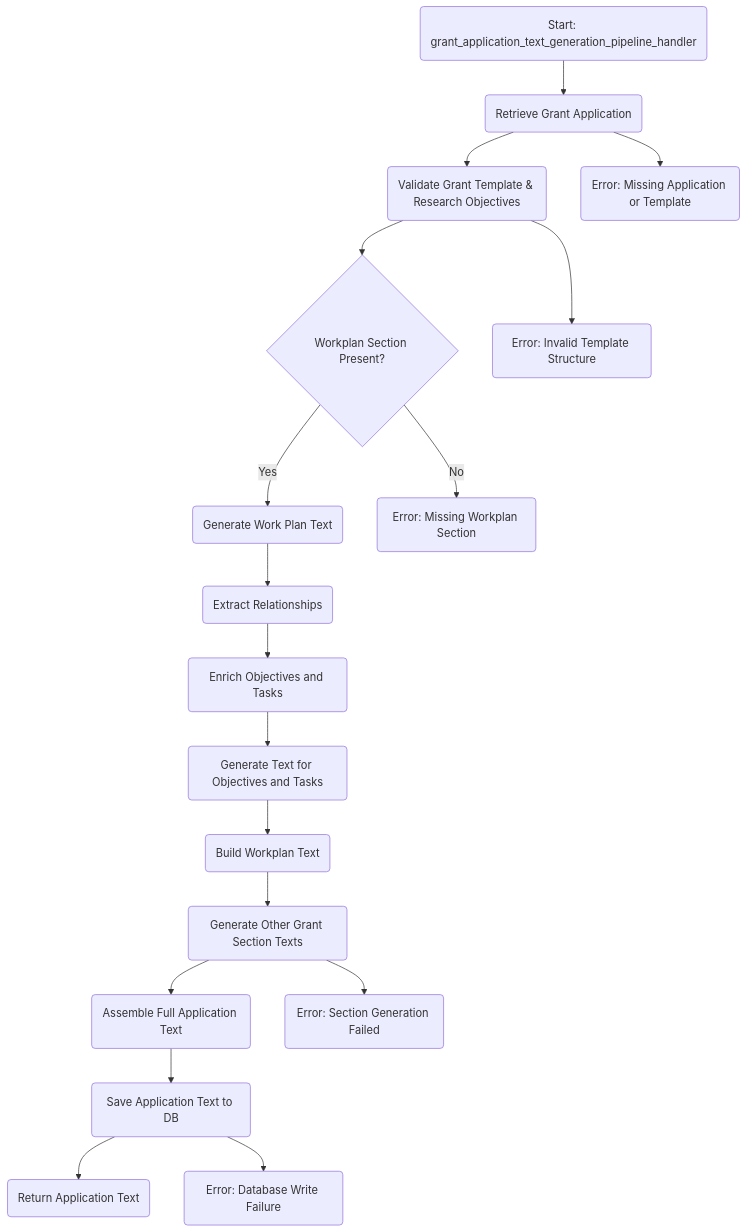
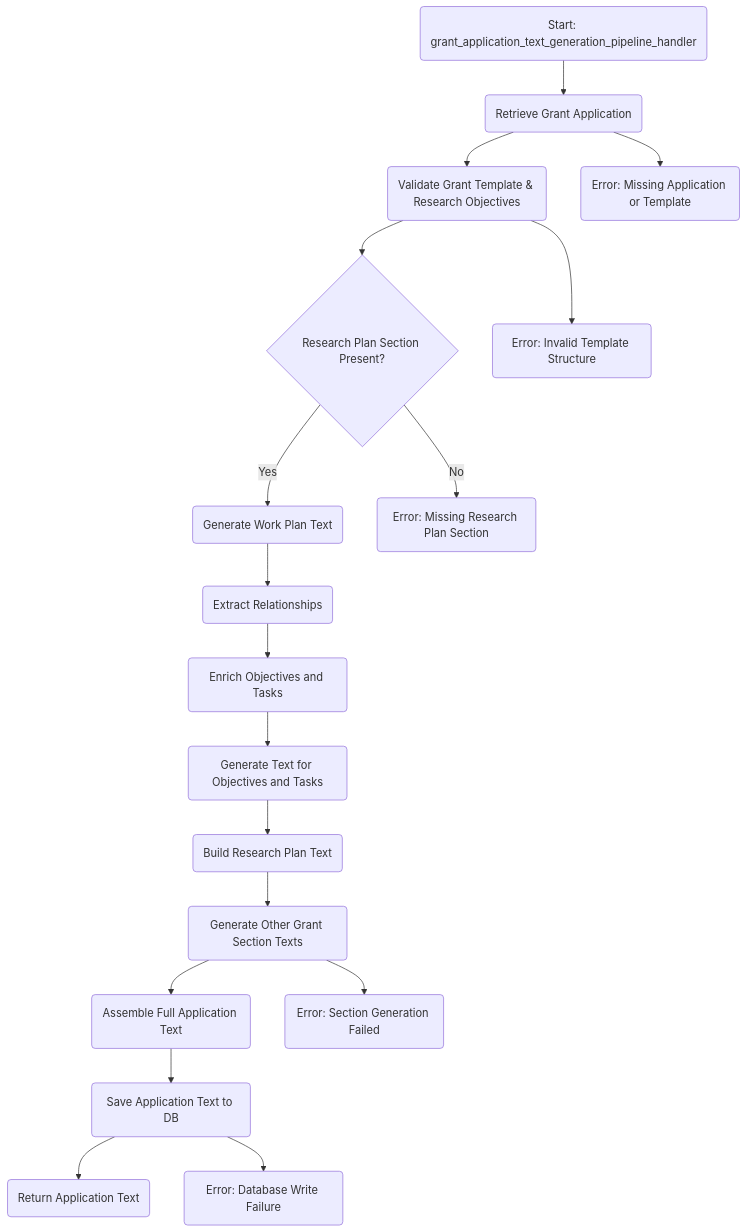
One commit to grantflow-ai/grantflow changed the diagram in diagrams/rag/grant_application_generation.md. Above: the diagram before and after it, drawn with Mermaid. The commit also changed 60 other files, not shown here.

````diff
--- a/diagrams/rag/grant_application_generation.md
+++ b/diagrams/rag/grant_application_generation.md
@@ -6,27 +6,27 @@
 ```mermaid
 flowchart TD
     A(Start: grant_application_text_generation_pipeline_handler) --> B(Retrieve Grant Application)
     B --> C(Validate Grant Template & Research Objectives)
     B --> Z2(Error: Missing Application or Template)
 
-    C --> D{Workplan Section Present?}
+    C --> D{Research Plan Section Present?}
     C --> Z3(Error: Invalid Template Structure)
 
     D -- Yes --> E(Generate Work Plan Text)
-    D -- No --> Z1(Error: Missing Workplan Section)
+    D -- No --> Z1(Error: Missing Research Plan Section)
 
     E --> F(Extract Relationships)
     F --> G(Enrich Objectives and Tasks)
     G --> H(Generate Text for Objectives and Tasks)
-    H --> I(Build Workplan Text)
+    H --> I(Build Research Plan Text)
 
     I --> J(Generate Other Grant Section Texts)
 
     J --> K(Assemble Full Application Text)
     J --> Z4(Error: Section Generation Failed)
 
     K --> L(Save Application Text to DB)
 
     L --> M(Return Application Text)
     L --> Z5(Error: Database Write Failure)
 ```
````
